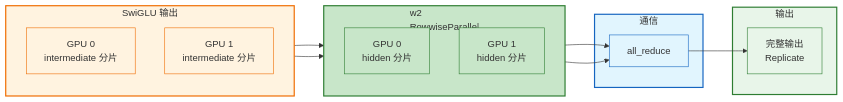
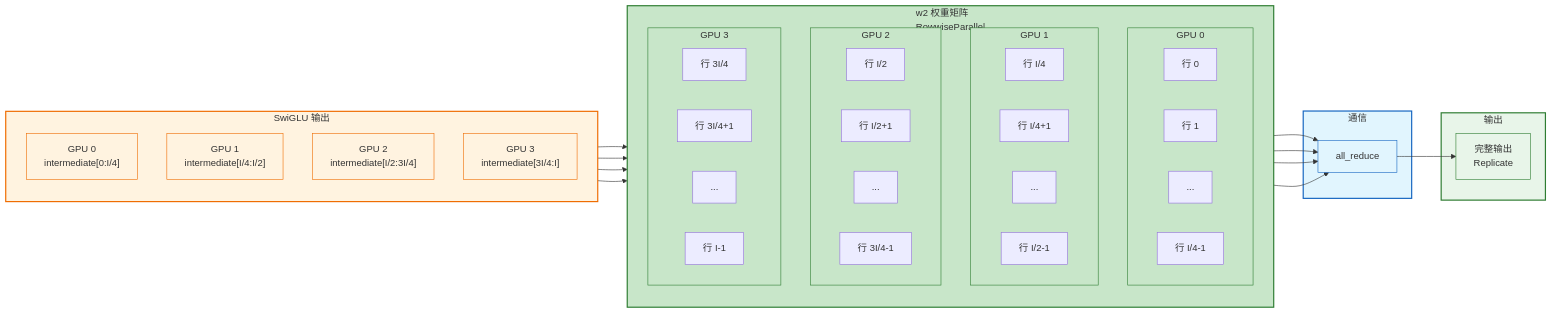
One commit to jianzhnie/ScaleTorch changed the eighth of 18 diagrams in docs/fsdp2_tp_tutorial.md. Above: the diagram before and after it, drawn with Mermaid. The commit also changed other lines of this file, not shown here.

First line of the commit message:
docs: update fsdp2 tensor parallel tutorial

````diff
--- a/docs/fsdp2_tp_tutorial.md
+++ b/docs/fsdp2_tp_tutorial.md
@@ -560,38 +626,68 @@
 ```mermaid
 flowchart LR
     subgraph SwiGLU["SwiGLU 输出"]
         direction TB
-        S0["GPU 0\nintermediate 分片"]
-        S1["GPU 1\nintermediate 分片"]
+        S0["GPU 0\nintermediate[0:I/4]"]
+        S1["GPU 1\nintermediate[I/4:I/2]"]
+        S2["GPU 2\nintermediate[I/2:3I/4]"]
+        S3["GPU 3\nintermediate[3I/4:I]"]
     end
 
-    subgraph W2["w2\nRowwiseParallel"]
+    subgraph W2["w2 权重矩阵\nRowwiseParallel"]
         direction TB
-        O0["GPU 0\nhidden 分片"]
-        O1["GPU 1\nhidden 分片"]
+        subgraph W2GPU0["GPU 0"]
+            R00["行 0"]
+            R01["行 1"]
+            R02["..."]
+            R03["行 I/4-1"]
+        end
+        subgraph W2GPU1["GPU 1"]
+            R10["行 I/4"]
+            R11["行 I/4+1"]
+            R12["..."]
+            R13["行 I/2-1"]
+        end
+        subgraph W2GPU2["GPU 2"]
+            R20["行 I/2"]
+            R21["行 I/2+1"]
+            R22["..."]
+            R23["行 3I/4-1"]
+        end
+        subgraph W2GPU3["GPU 3"]
+            R30["行 3I/4"]
+            R31["行 3I/4+1"]
+            R32["..."]
+            R33["行 I-1"]
+        end
     end
 
     subgraph Comm["通信"]
         AR["all_reduce"]
     end
 
     subgraph Out["输出"]
         Y["完整输出\nReplicate"]
     end
 
-    S0 --> O0
-    S1 --> O1
-    O0 & O1 --> AR
+    S0 --> W2GPU0
+    S1 --> W2GPU1
+    S2 --> W2GPU2
+    S3 --> W2GPU3
+    W2GPU0 & W2GPU1 & W2GPU2 & W2GPU3 --> AR
     AR --> Y
 
     style SwiGLU fill:#fff3e0,stroke:#ef6c00,stroke-width:2px
     style W2 fill:#c8e6c9,stroke:#2e7d32,stroke-width:2px
     style Comm fill:#e1f5fe,stroke:#1565c0,stroke-width:2px
     style Out fill:#e8f5e9,stroke:#2e7d32,stroke-width:2px
     style S0 fill:#fff3e0,stroke:#ef6c00
     style S1 fill:#fff3e0,stroke:#ef6c00
-    style O0 fill:#c8e6c9,stroke:#2e7d32
-    style O1 fill:#c8e6c9,stroke:#2e7d32
+    style S2 fill:#fff3e0,stroke:#ef6c00
+    style S3 fill:#fff3e0,stroke:#ef6c00
+    style W2GPU0 fill:#c8e6c9,stroke:#2e7d32
+    style W2GPU1 fill:#c8e6c9,stroke:#2e7d32
+    style W2GPU2 fill:#c8e6c9,stroke:#2e7d32
+    style W2GPU3 fill:#c8e6c9,stroke:#2e7d32
     style AR fill:#e1f5fe,stroke:#1565c0
     style Y fill:#e8f5e9,stroke:#2e7d32
 ```
````
